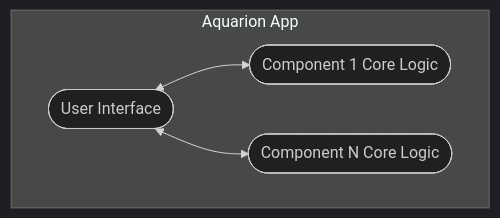
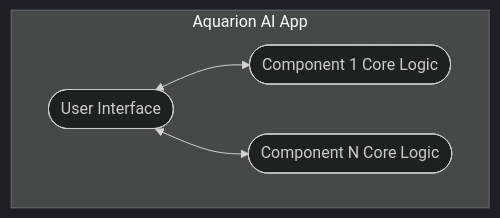
One commit to aquarion-ai/aquarion-docs changed diagram 13 of 13 in docs/component_designs.md. Above: the diagram before and after it, drawn with Mermaid (dark theme). The commit also changed other lines of this file and 1 other file, not shown here.

````diff
--- a/docs/component_designs.md
+++ b/docs/component_designs.md
@@ -476,14 +478,14 @@
 ```mermaid
 graph LR
 
-subgraph app[Aquarion App]
+subgraph app[Aquarion AI App]
   direction LR
 
   ui([User Interface])
   component_1([Component 1 Core Logic])
   component_n([Component N Core Logic])
 
   ui <--> component_1 & component_n
 
 end
 ```
````
